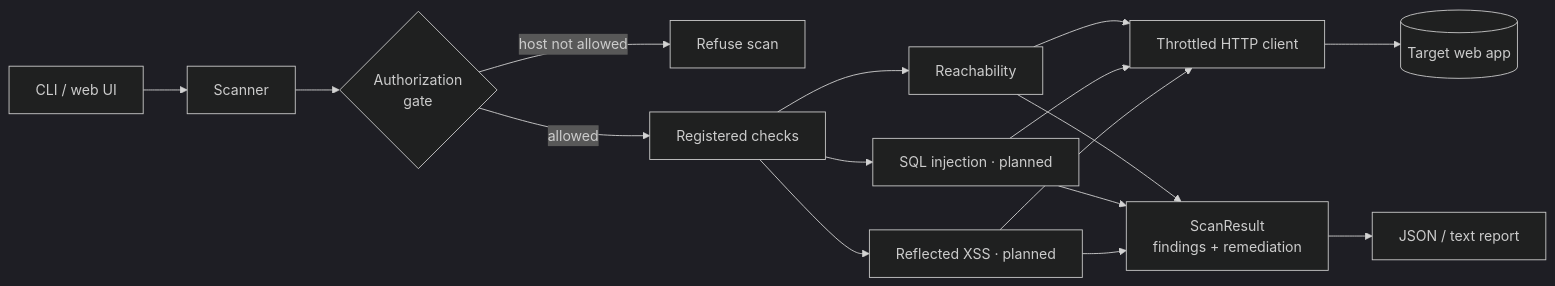
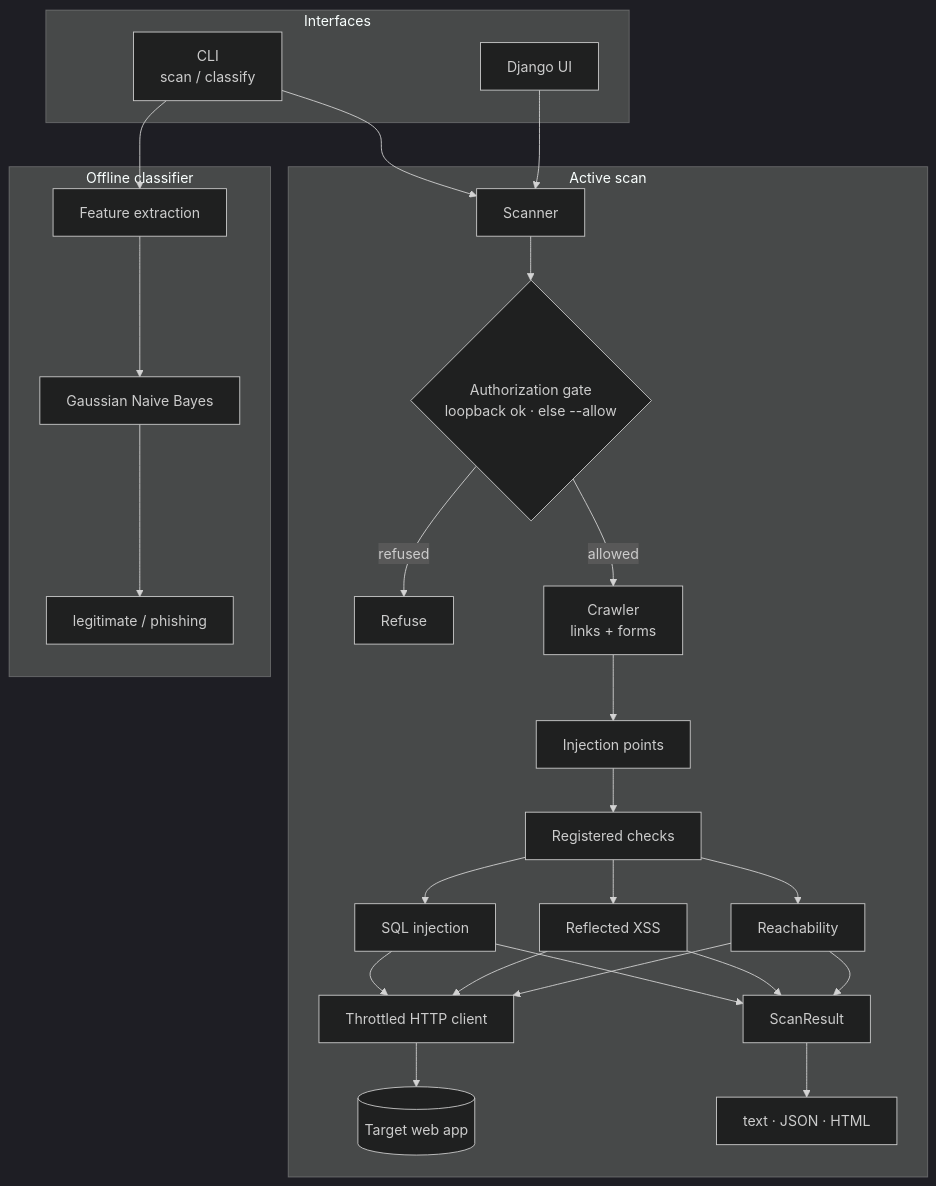
The first of 2 diagrams in README.md (ahanya-mohan/web_vul_scanner), drawn with Mermaid (dark theme) before and after one commit. The commit also changed other lines of this file and 4 other files, not shown here.

First line of the commit message:
Docs: architecture-focused README with screenshots and result images

````diff
--- a/README.md
+++ b/README.md
@@ -42,14 +82,29 @@
 ```mermaid
-flowchart LR
-    CLI["CLI / web UI"] --> Scanner
-    Scanner --> Auth{"Authorization<br/>gate"}
-    Auth -->|host not allowed| Refuse["Refuse scan"]
-    Auth -->|allowed| Checks["Registered checks"]
-    Checks --> C1["Reachability"]
-    Checks --> C2["SQL injection · planned"]
-    Checks --> C3["Reflected XSS · planned"]
-    C1 & C2 & C3 --> HTTP["Throttled HTTP client"]
-    HTTP --> Target[("Target web app")]
-    C1 & C2 & C3 --> Report["ScanResult<br/>findings + remediation"]
-    Report --> Out["JSON / text report"]
+flowchart TB
+    subgraph entry [Interfaces]
+        CLI["CLI<br/>scan / classify"]
+        UI["Django UI"]
+    end
+
+    CLI & UI --> Scanner
+    subgraph scan [Active scan]
+        Scanner --> Gate{"Authorization gate<br/>loopback ok · else --allow"}
+        Gate -->|refused| Stop["Refuse"]
+        Gate -->|allowed| Crawler["Crawler<br/>links + forms"]
+        Crawler --> Points["Injection points"]
+        Points --> Checks["Registered checks"]
+        Checks --> SQLi["SQL injection"]
+        Checks --> XSS["Reflected XSS"]
+        Checks --> Reach["Reachability"]
+        SQLi & XSS & Reach --> HTTP["Throttled HTTP client"]
+        HTTP --> Target[("Target web app")]
+        SQLi & XSS & Reach --> Report["ScanResult"]
+        Report --> Out["text · JSON · HTML"]
+    end
+
+    CLI --> Classifier
+    subgraph offline [Offline classifier]
+        Classifier["Feature extraction"] --> NB["Gaussian Naive Bayes"]
+        NB --> Verdict["legitimate / phishing"]
+    end
 ```
````
